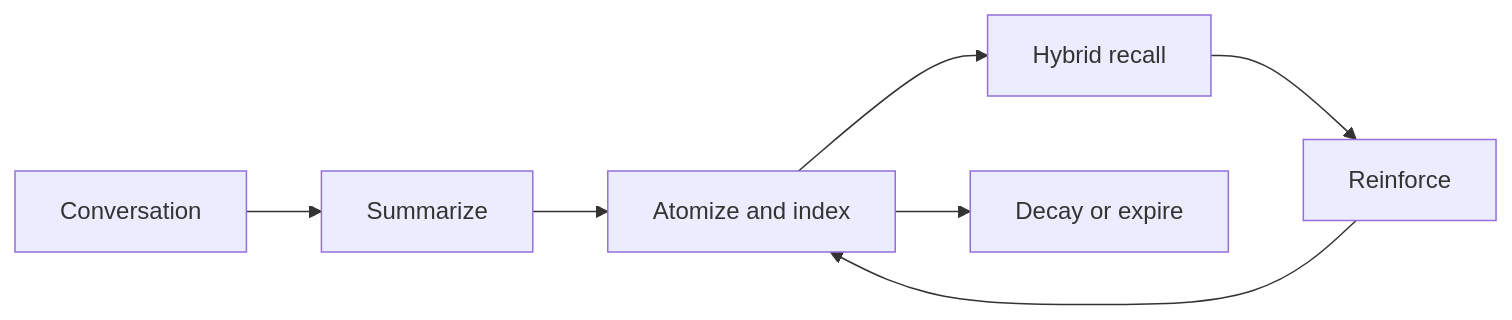
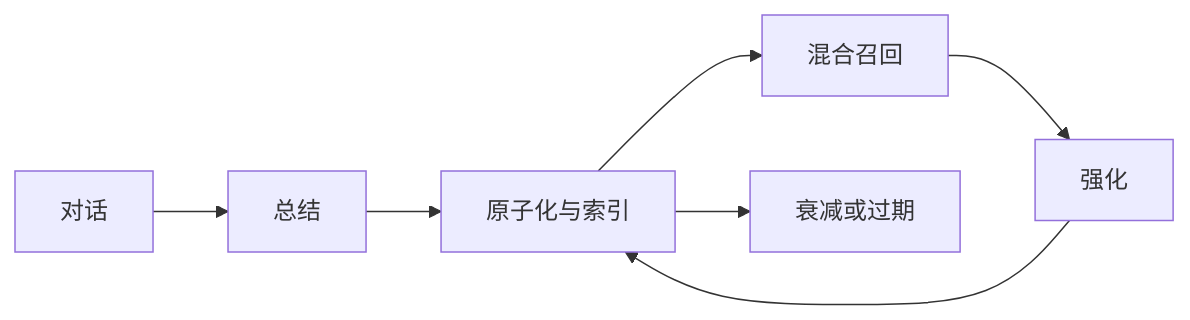
The diagram in README.md (lxfight-s-Astrbot-Plugins/astrbot_plugin_livingmemory), drawn with Mermaid before and after one commit. The commit also changed other lines of this file and 4 other files, not shown here.

````diff
--- a/README.md
+++ b/README.md
@@ -39,9 +39,9 @@
 ```mermaid
 flowchart LR
-    A[Conversation] --> B[Summarize]
-    B --> C[Atomize and index]
-    C --> D[Hybrid recall]
-    D --> E[Reinforce]
-    C --> F[Decay or expire]
+    A[对话] --> B[总结]
+    B --> C[原子化与索引]
+    C --> D[混合召回]
+    D --> E[强化]
+    C --> F[衰减或过期]
     E --> C
 ```
````
